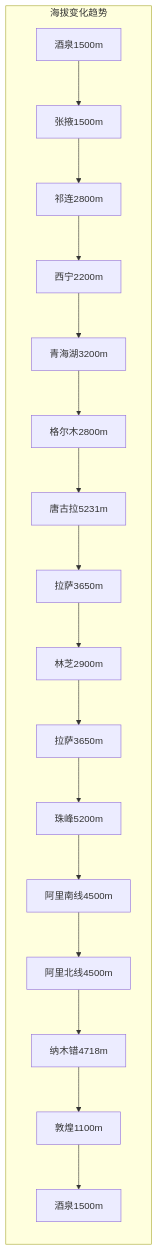
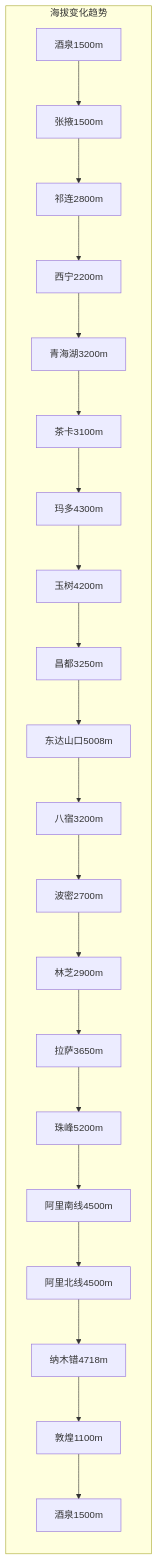
The second of 2 diagrams in 青甘西藏自驾规划.md (CO-OK/gangsu-qinghai-xizang-travel), drawn with Mermaid before and after one commit. The commit also changed other lines of this file, not shown here.

````diff
--- a/青甘西藏自驾规划.md
+++ b/青甘西藏自驾规划.md
@@ -578,20 +727,24 @@
 ```mermaid
 graph LR
     subgraph altitude [海拔变化趋势]
         A1["酒泉1500m"] --> A2["张掖1500m"]
         A2 --> A3["祁连2800m"]
         A3 --> A4["西宁2200m"]
         A4 --> A5["青海湖3200m"]
-        A5 --> A6["格尔木2800m"]
-        A6 --> A7["唐古拉5231m"]
-        A7 --> A8["拉萨3650m"]
-        A8 --> A9["林芝2900m"]
-        A9 --> A10["拉萨3650m"]
-        A10 --> A11["珠峰5200m"]
-        A11 --> A12["阿里南线4500m"]
-        A12 --> A12b["阿里北线4500m"]
-        A12b --> A13["纳木错4718m"]
-        A13 --> A14["敦煌1100m"]
-        A14 --> A15["酒泉1500m"]
+        A5 --> A6["茶卡3100m"]
+        A6 --> A7["玛多4300m"]
+        A7 --> A8["玉树4200m"]
+        A8 --> A9["昌都3250m"]
+        A9 --> A10["东达山口5008m"]
+        A10 --> A11["八宿3200m"]
+        A11 --> A12["波密2700m"]
+        A12 --> A13["林芝2900m"]
+        A13 --> A14["拉萨3650m"]
+        A14 --> A15["珠峰5200m"]
+        A15 --> A16["阿里南线4500m"]
+        A16 --> A17["阿里北线4500m"]
+        A17 --> A18["纳木错4718m"]
+        A18 --> A19["敦煌1100m"]
+        A19 --> A20["酒泉1500m"]
     end
 ```
````
